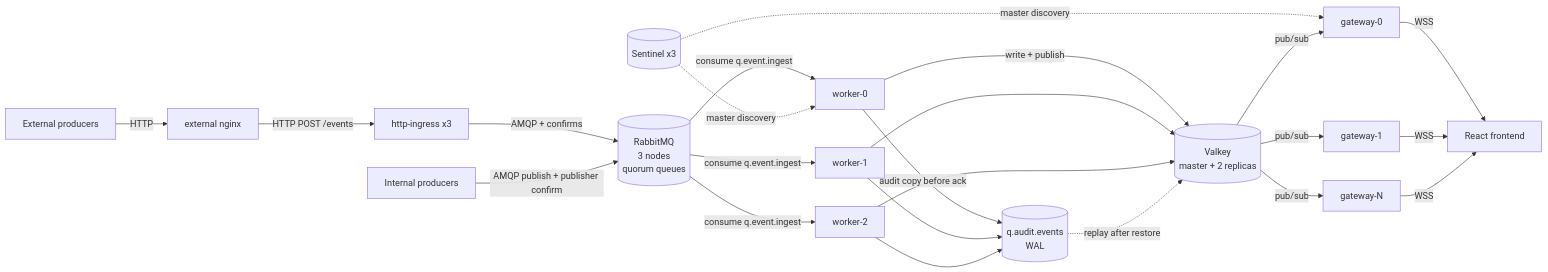
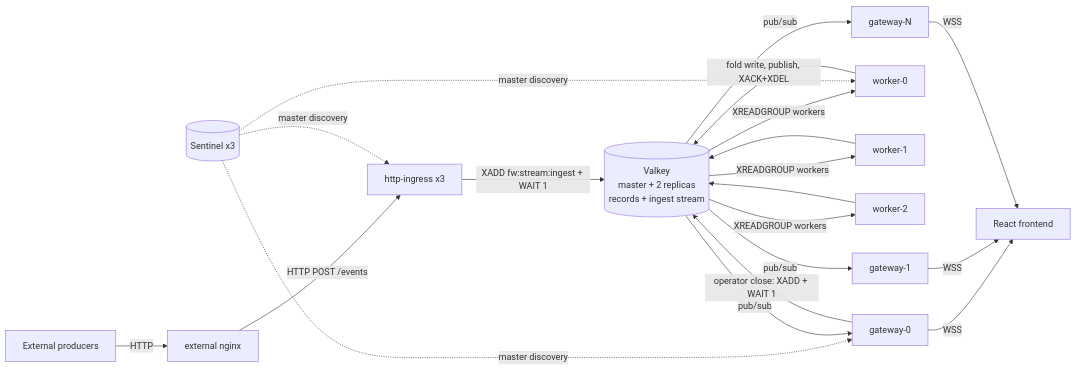
One commit to cucumberone/fire-watch changed the diagram in docs/architecture.md. Above: the diagram before and after it, drawn with Mermaid. The commit also changed other lines of this file and 85 other files, not shown here.

````diff
--- a/docs/architecture.md
+++ b/docs/architecture.md
@@ -35,26 +34,23 @@
 ```mermaid
 flowchart LR
   EXT[External producers] -->|HTTP| NGX[external nginx]
   NGX -->|HTTP POST /events| ING[http-ingress x3]
-  ING -->|AMQP + confirms| RMQ[(RabbitMQ<br/>3 nodes<br/>quorum queues)]
-  P[Internal producers] -->|AMQP publish + publisher confirm| RMQ
-  RMQ -->|consume q.event.ingest| W1[worker-0]
-  RMQ -->|consume q.event.ingest| W2[worker-1]
-  RMQ -->|consume q.event.ingest| W3[worker-2]
-  W1 -->|write + publish| DF
+  ING -->|XADD fw:stream:ingest + WAIT 1| DF
+  G1 -->|operator close: XADD + WAIT 1| DF
+  DF -->|XREADGROUP workers| W1[worker-0]
+  DF -->|XREADGROUP workers| W2[worker-1]
+  DF -->|XREADGROUP workers| W3[worker-2]
+  W1 -->|fold write, publish, XACK+XDEL| DF
   W2 --> DF
   W3 --> DF
-  W1 -->|audit copy before ack| AUD[(q.audit.events<br/>WAL)]
-  W2 --> AUD
-  W3 --> AUD
-  AUD -.->|replay after restore| DF
-  DF[(Valkey<br/>master + 2 replicas)]
-  S[(Sentinel x3)] -.->|master discovery| W1
+  DF[(Valkey<br/>master + 2 replicas<br/>records + ingest stream)]
+  S[(Sentinel x3)] -.->|master discovery| ING
+  S -.->|master discovery| W1
   S -.->|master discovery| G1
   DF -->|pub/sub| G1[gateway-0]
   DF -->|pub/sub| G2[gateway-1]
   DF -->|pub/sub| GN[gateway-N]
   G1 -->|WSS| FE[React frontend]
   G2 -->|WSS| FE
   GN -->|WSS| FE
 ```
````
